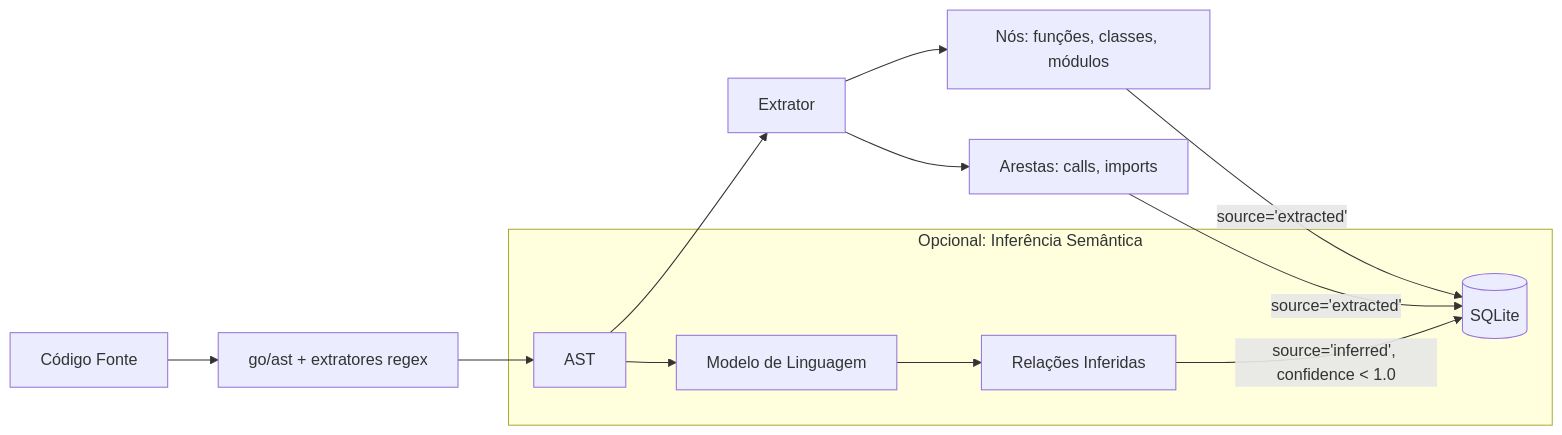
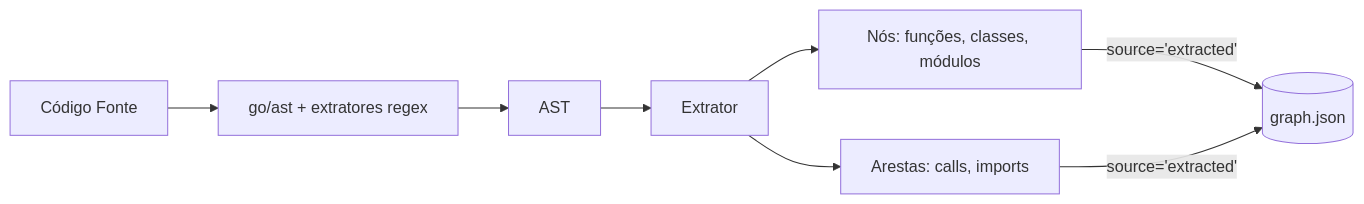
One commit to leonardo-moraes360/toolbelt changed the fourth of 12 diagrams in docs/pt-BR/arquitetura.md. Above: the diagram before and after it, drawn with Mermaid. The commit also changed other lines of this file and 1 other file, not shown here.

Commit message:
docs(arquitetura): describe what exists (graph.json + BM25, Landlock/seccomp, real .toolbelt tree); mark roles, capability tokens, tb run/proc and audit log as dropped or planned

````diff
--- a/docs/pt-BR/arquitetura.md
+++ b/docs/pt-BR/arquitetura.md
@@ -299,17 +222,11 @@
 ```mermaid
 graph LR
     CODE[Código Fonte] --> TS[go/ast + extratores regex]
     TS --> AST[AST]
     AST --> EXT[Extrator]
     EXT --> NODES[Nós: funções, classes, módulos]
     EXT --> EDGES[Arestas: calls, imports]
 
-    NODES --> |source='extracted'| DB[(SQLite)]
+    NODES --> |source='extracted'| DB[(graph.json)]
     EDGES --> |source='extracted'| DB
-
-    subgraph "Opcional: Inferência Semântica"
-        AST --> LLM[Modelo de Linguagem]
-        LLM --> INF[Relações Inferidas]
-        INF --> |source='inferred', confidence < 1.0| DB
-    end
 ```
````
